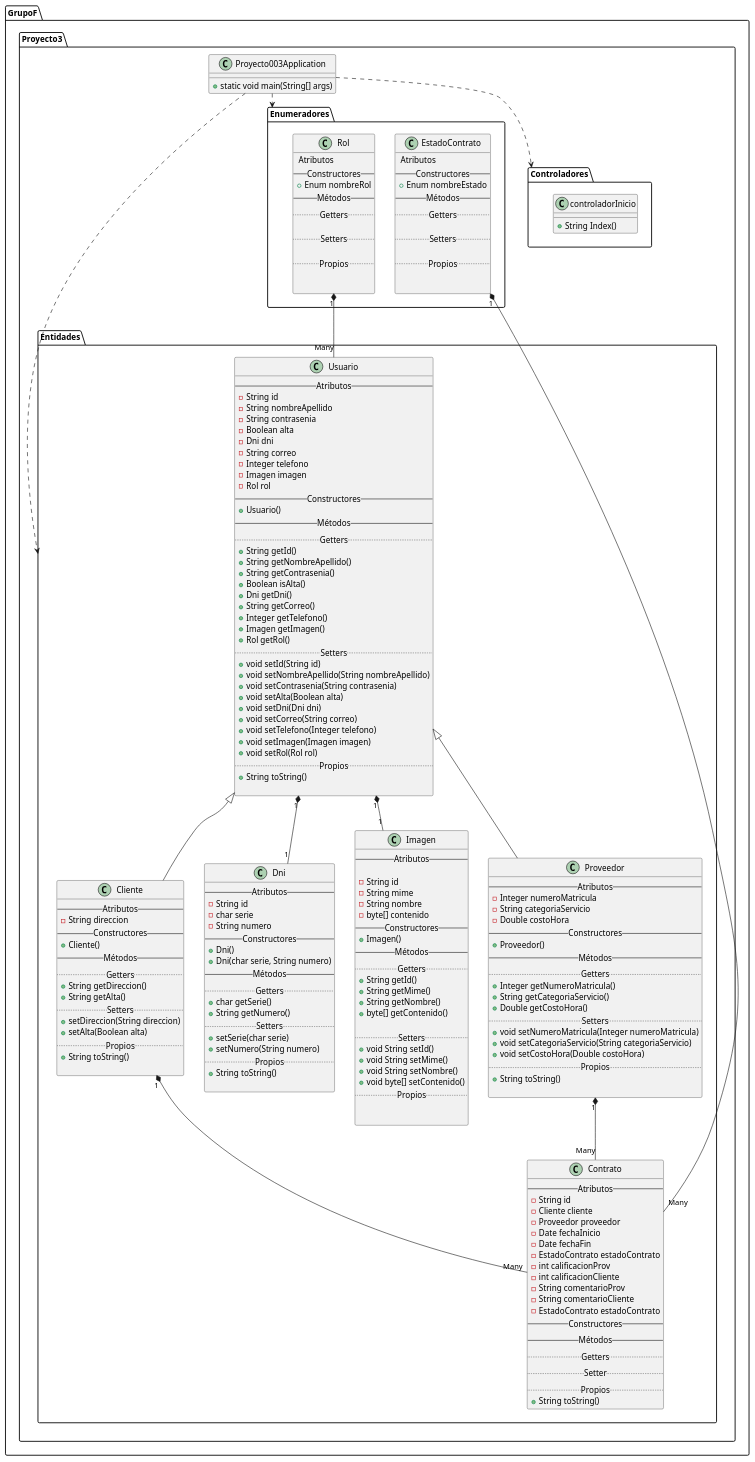
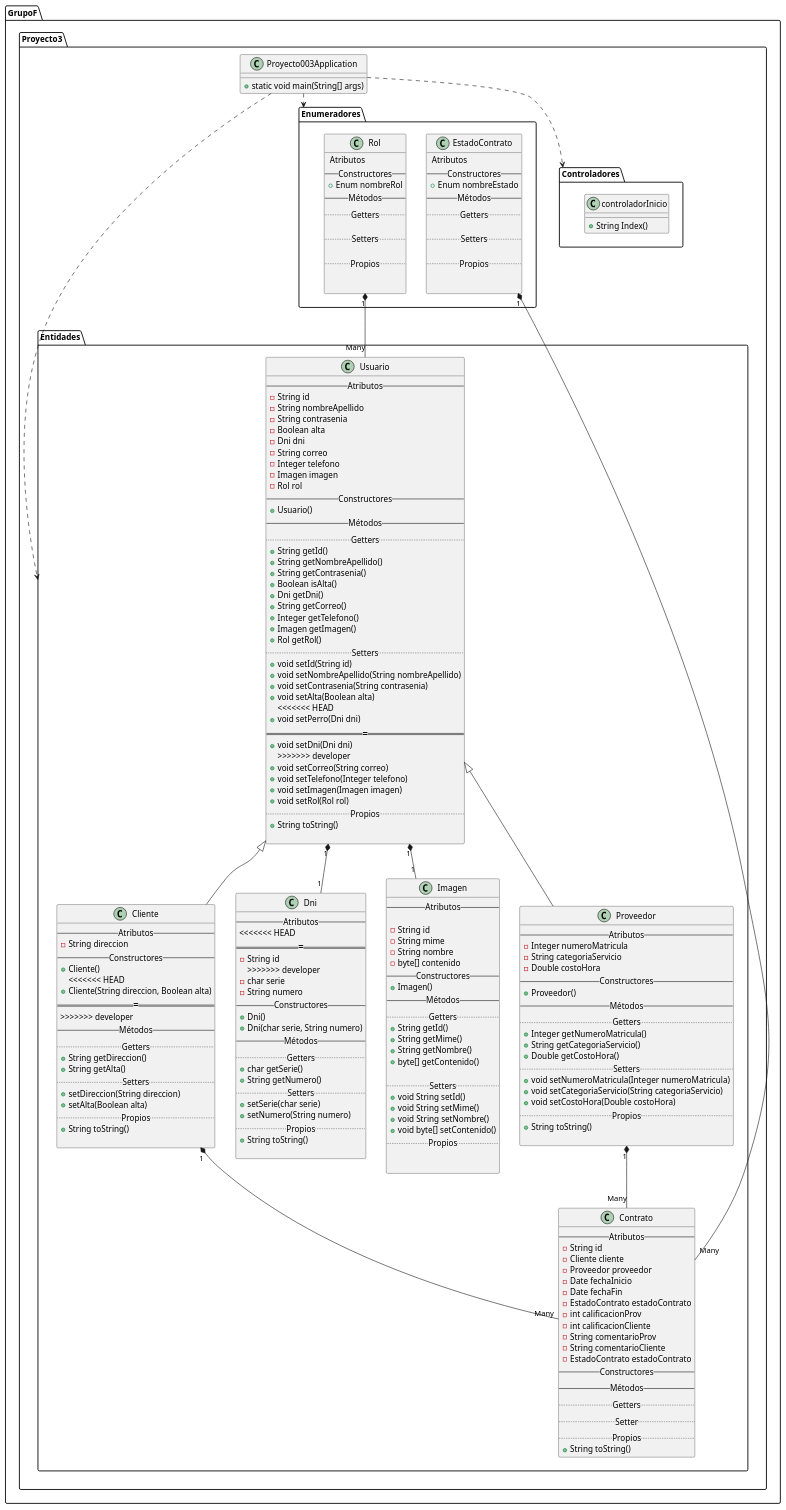
The diagram in uml.puml (FullStackEggDRoa/proyecto_003-GF), drawn with PlantUML before and after one commit. The commit also changed 1 other file, not shown here.

Commit message:
Developer DR (#3)
* Copia de Spring Boot Inicial

* Diagrama UML - OK

* Diagrama UML - OK_DR

* Diagrama UML - OK_DR-DAI-AC

```diff
--- a/uml.puml
+++ b/uml.puml
@@ -5,6 +5,10 @@
     -String direccion
     -- Constructores --
     + Cliente()
+<<<<<<< HEAD
+    + Cliente(String direccion, Boolean alta)
+=======
+>>>>>>> developer
     -- Métodos --
     .. Getters ..
     + String getDireccion()
@@ -20,7 +24,10 @@
 
 class GrupoF.Proyecto3.Entidades.Dni{
     -- Atributos --
+<<<<<<< HEAD
+=======
     -String id
+>>>>>>> developer
     -char serie
     - String numero
     -- Constructores --
@@ -169,7 +176,11 @@
     +void setNombreApellido(String nombreApellido)
     +void setContrasenia(String contrasenia)
     +void setAlta(Boolean alta)
+<<<<<<< HEAD
+    +void setPerro(Dni dni)
+=======
     +void setDni(Dni dni)
+>>>>>>> developer
     +void setCorreo(String correo)
     +void setTelefono(Integer telefono)
     +void setImagen(Imagen imagen)
```
